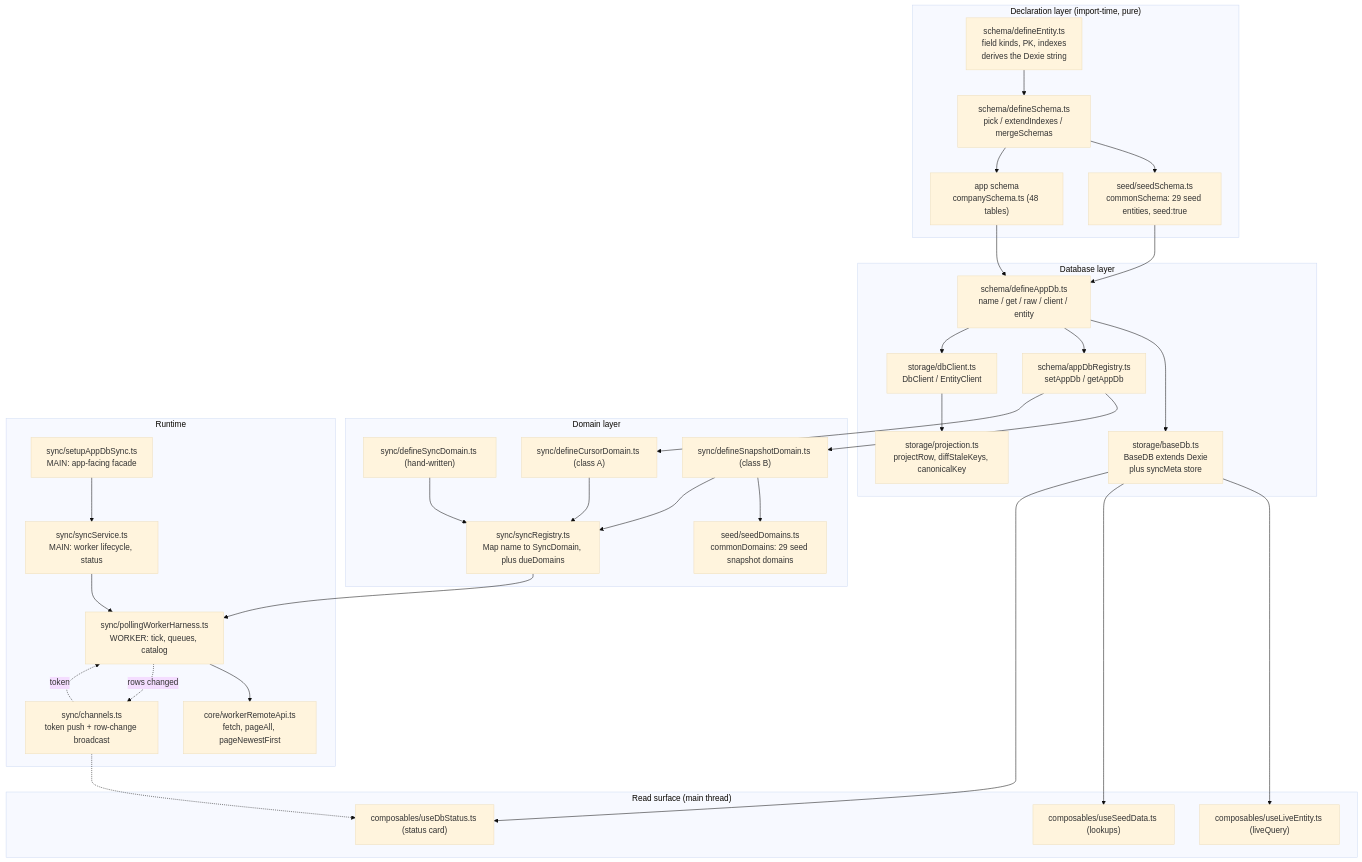
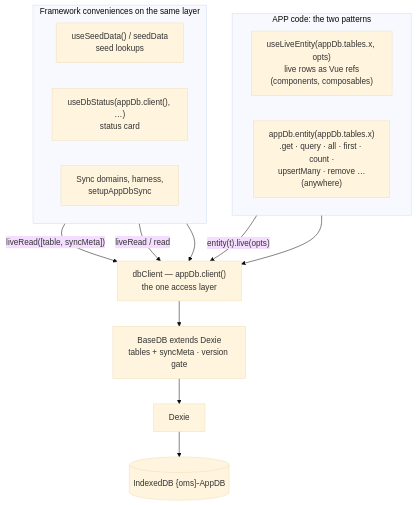
Before and after one commit to hotwax/accxui: the second of 5 diagrams in docs/APP_DB_ARCHITECTURE.md, drawn with Mermaid (base theme). The commit also changed other lines of this file and 2 other files, not shown here.

Commit message:
Improved: Rewrote the app database docs as short, diagram-led guides for a generic APP.

````diff
--- a/docs/APP_DB_ARCHITECTURE.md
+++ b/docs/APP_DB_ARCHITECTURE.md
@@ -118,64 +62,26 @@
 ```mermaid
-graph TB
-    subgraph decl["Declaration layer (import-time, pure)"]
-        DE["schema/defineEntity.ts<br/>field kinds, PK, indexes<br/>derives the Dexie string"]
-        DS["schema/defineSchema.ts<br/>pick / extendIndexes / mergeSchemas"]
-        CS["seed/seedSchema.ts<br/>commonSchema: 29 seed entities, seed:true"]
-        AS["app schema<br/>companySchema.ts (48 tables)"]
+flowchart TB
+    subgraph USE["APP code: the two patterns"]
+      direction LR
+      ULE["useLiveEntity(appDb.tables.x, opts)<br/>live rows as Vue refs<br/>(components, composables)"]
+      AE["appDb.entity(appDb.tables.x)<br/>.get · query · all · first · count ·<br/>upsertMany · remove …<br/>(anywhere)"]
     end
+    subgraph CONV["Framework conveniences on the same layer"]
+      direction LR
+      USD["useSeedData() / seedData<br/>seed lookups"]
+      UDS["useDbStatus(appDb.client(), …)<br/>status card"]
+      SYNC["Sync domains, harness,<br/>setupAppDbSync"]
+    end
+    DC["dbClient — appDb.client()<br/>the one access layer"]
+    BDB["BaseDB extends Dexie<br/>tables + syncMeta · version gate"]
+    DEX["Dexie"]
+    IDB[("IndexedDB  {oms}-AppDB")]
 
-    subgraph dbl["Database layer"]
-        DAD["schema/defineAppDb.ts<br/>name / get / raw / client / entity"]
-        BDB["storage/baseDb.ts<br/>BaseDB extends Dexie<br/>plus syncMeta store"]
-        REG["schema/appDbRegistry.ts<br/>setAppDb / getAppDb"]
-        DC["storage/dbClient.ts<br/>DbClient / EntityClient"]
-        PR["storage/projection.ts<br/>projectRow, diffStaleKeys, canonicalKey"]
-    end
-
-    subgraph dom["Domain layer"]
-        DSD["sync/defineSyncDomain.ts (hand-written)"]
-        DSN["sync/defineSnapshotDomain.ts (class B)"]
-        DCD["sync/defineCursorDomain.ts (class A)"]
-        CD["seed/seedDomains.ts<br/>commonDomains: 29 seed snapshot domains"]
-        SR["sync/syncRegistry.ts<br/>Map name to SyncDomain, plus dueDomains"]
-    end
-
-    subgraph rt["Runtime"]
-        WH["sync/pollingWorkerHarness.ts<br/>WORKER: tick, queues, catalog"]
-        WRA["core/workerRemoteApi.ts<br/>fetch, pageAll, pageNewestFirst"]
-        SS["sync/syncService.ts<br/>MAIN: worker lifecycle, status"]
-        SAS["sync/setupAppDbSync.ts<br/>MAIN: app-facing facade"]
-        TC["sync/channels.ts<br/>token push + row-change broadcast"]
-    end
-
-    subgraph read["Read surface (main thread)"]
-        UD["composables/useLiveEntity.ts (liveQuery)"]
-        USD["composables/useSeedData.ts (lookups)"]
-        UDS["composables/useDbStatus.ts (status card)"]
-    end
-
-    DE --> DS --> CS
-    DS --> AS
-    CS --> DAD
-    AS --> DAD
-    DAD --> BDB
-    DAD --> REG
-    DAD --> DC
-    DC --> PR
-    REG --> DSN
-    REG --> DCD
-    DSN --> CD
-    DSD --> SR
-    DSN --> SR
-    DCD --> SR
-    SR --> WH
-    WH --> WRA
-    SS --> WH
-    SAS --> SS
-    TC -.token.-> WH
-    WH -.rows changed.-> TC
-    TC -.-> UDS
-    BDB --> UD
-    BDB --> USD
-    BDB --> UDS
+    ULE -- "entity(t).live(opts)" --> DC
+    AE --> DC
+    USD -- "liveRead([table, syncMeta])" --> DC
+    UDS -- "liveRead / read" --> DC
+    SYNC --> DC
+    DC --> BDB
+    BDB --> DEX --> IDB
 ```
````
